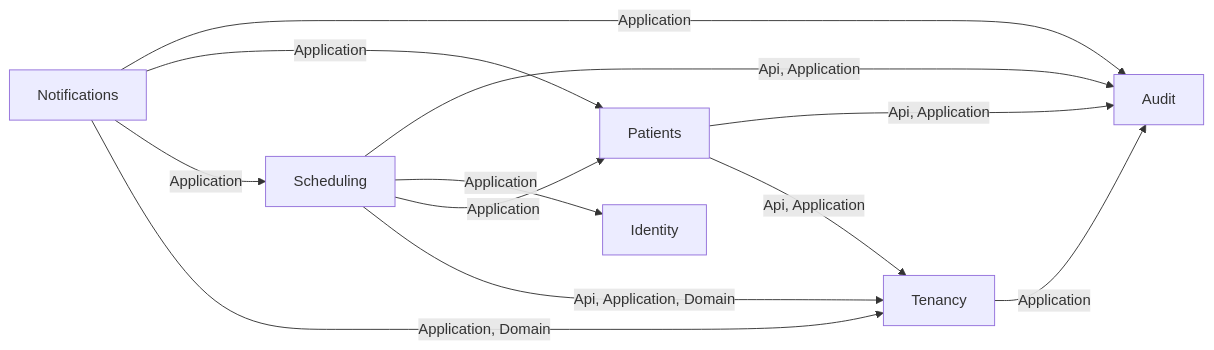
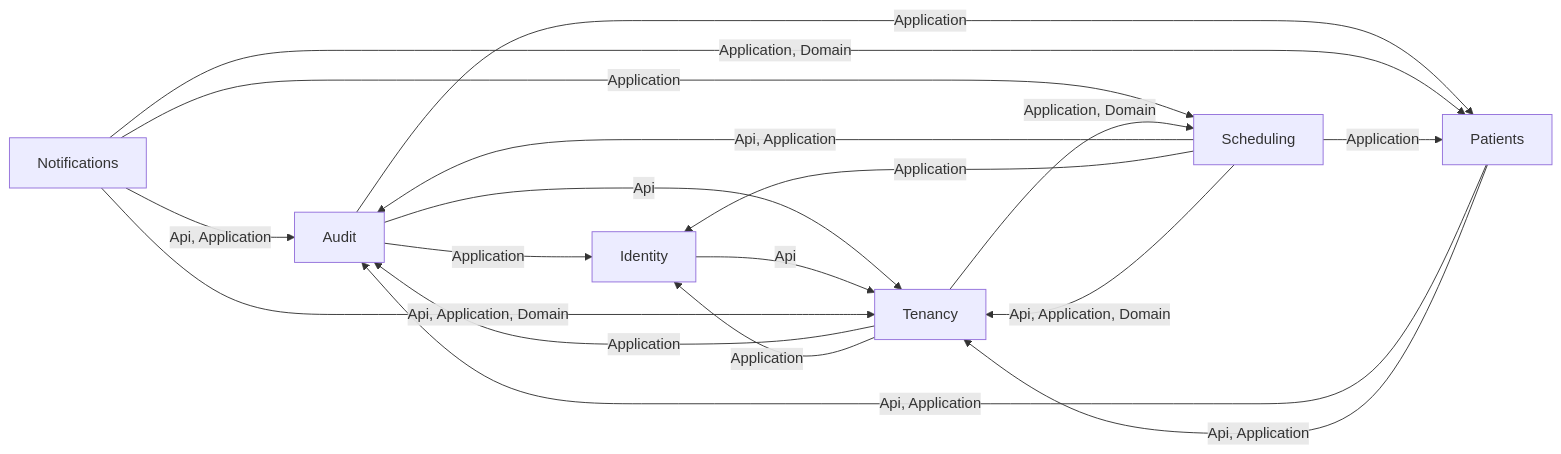
Before and after one commit to ALFRED-LUCIFER/medvya: the second of 11 diagrams in docs/03-architecture/erd.md, drawn with Mermaid.

Commit message:
MDV-P0-040 chunk 1: regenerate the ERD after moving endpoints into modules

````diff
--- a/docs/03-architecture/erd.md
+++ b/docs/03-architecture/erd.md
@@ -53,14 +53,20 @@
 ```mermaid
 flowchart LR
-  Notifications -->|"Application"| Audit
-  Notifications -->|"Application"| Patients
+  Audit -->|"Application"| Identity
+  Audit -->|"Application"| Patients
+  Audit -->|"Api"| Tenancy
+  Identity -->|"Api"| Tenancy
+  Notifications -->|"Api, Application"| Audit
+  Notifications -->|"Application, Domain"| Patients
   Notifications -->|"Application"| Scheduling
-  Notifications -->|"Application, Domain"| Tenancy
+  Notifications -->|"Api, Application, Domain"| Tenancy
   Patients -->|"Api, Application"| Audit
   Patients -->|"Api, Application"| Tenancy
   Scheduling -->|"Api, Application"| Audit
   Scheduling -->|"Application"| Identity
   Scheduling -->|"Application"| Patients
   Scheduling -->|"Api, Application, Domain"| Tenancy
   Tenancy -->|"Application"| Audit
+  Tenancy -->|"Application"| Identity
+  Tenancy -->|"Application, Domain"| Scheduling
 ```
````
